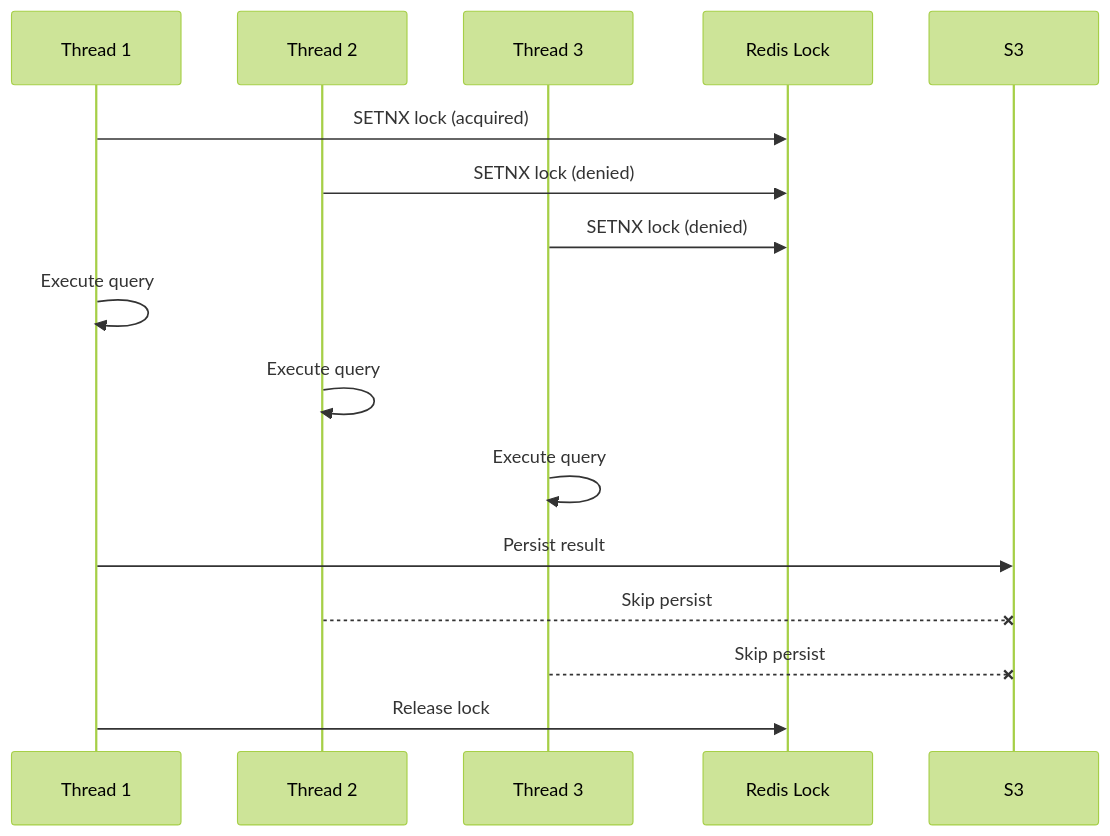
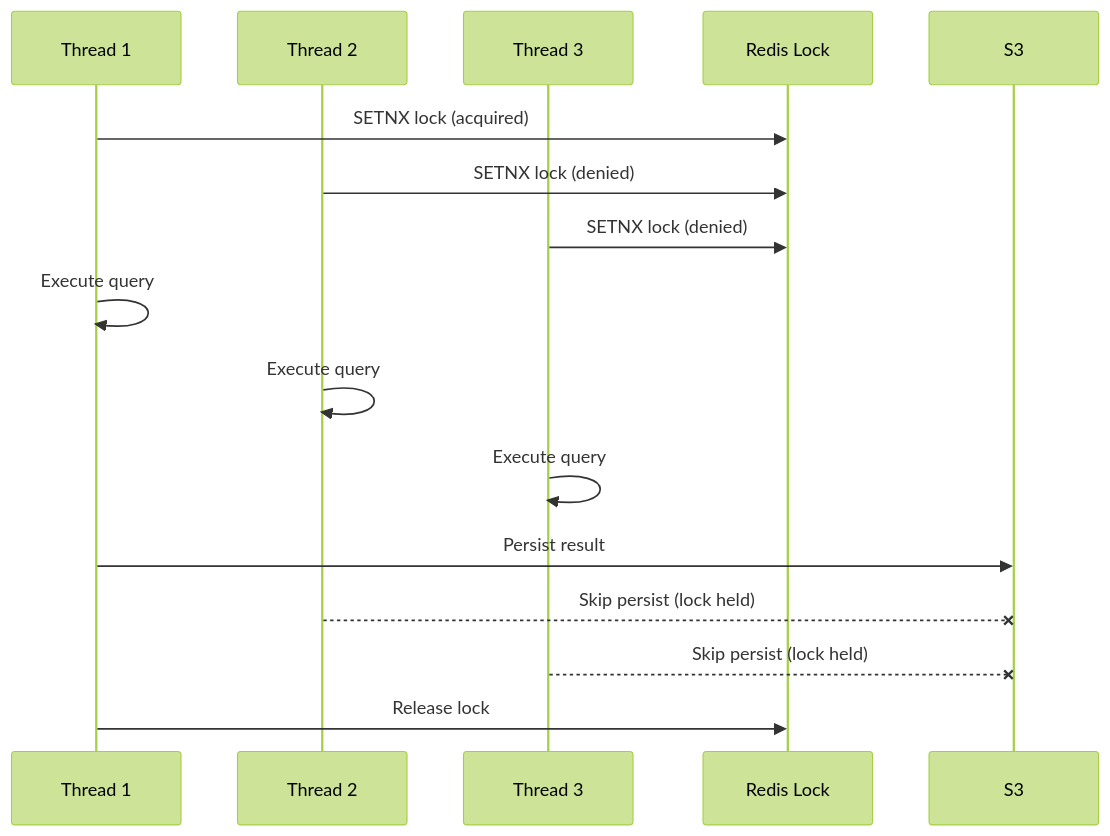
One commit to Pravin-Suthar/s3_based_redis_cache changed the second of 2 diagrams in README.md. Above: the diagram before and after it, drawn with Mermaid (forest theme). The commit also changed other lines of this file and 3 other files, not shown here.

````diff
--- a/README.md
+++ b/README.md
@@ -64,19 +214,19 @@
 ```mermaid
 sequenceDiagram
     participant T1 as Thread 1
     participant T2 as Thread 2
     participant T3 as Thread 3
     participant R as Redis Lock
     participant S3 as S3
 
     T1->>R: SETNX lock (acquired)
     T2->>R: SETNX lock (denied)
     T3->>R: SETNX lock (denied)
     T1->>T1: Execute query
     T2->>T2: Execute query
     T3->>T3: Execute query
     T1->>S3: Persist result
-    T2--xS3: Skip persist
-    T3--xS3: Skip persist
+    T2--xS3: Skip persist (lock held)
+    T3--xS3: Skip persist (lock held)
     T1->>R: Release lock
 ```
````
